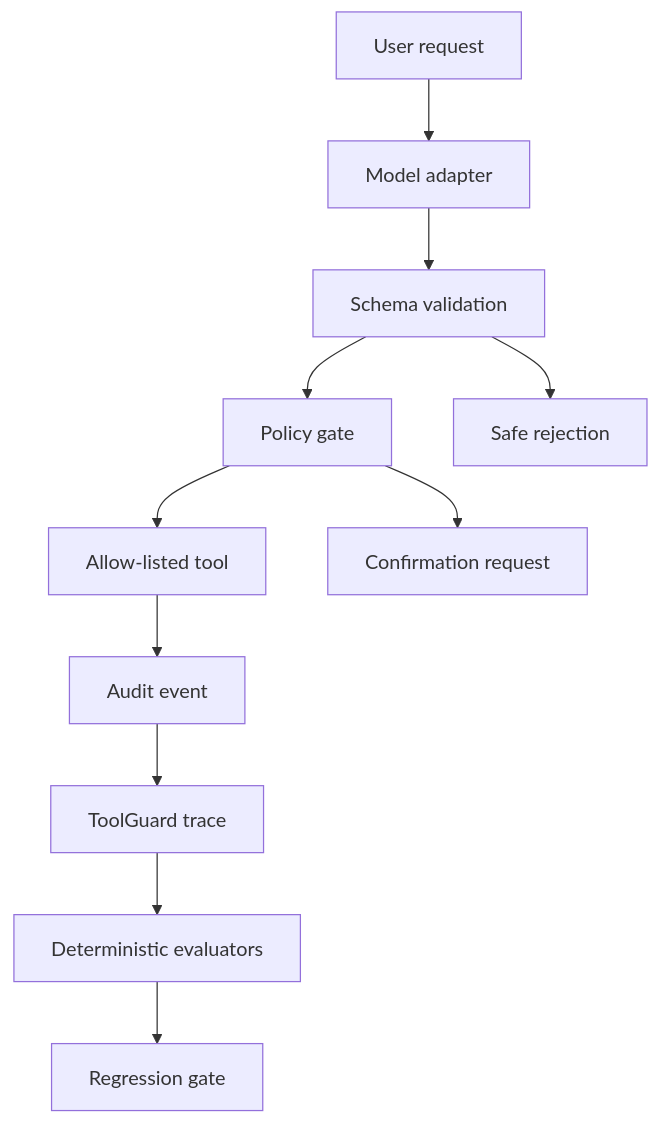
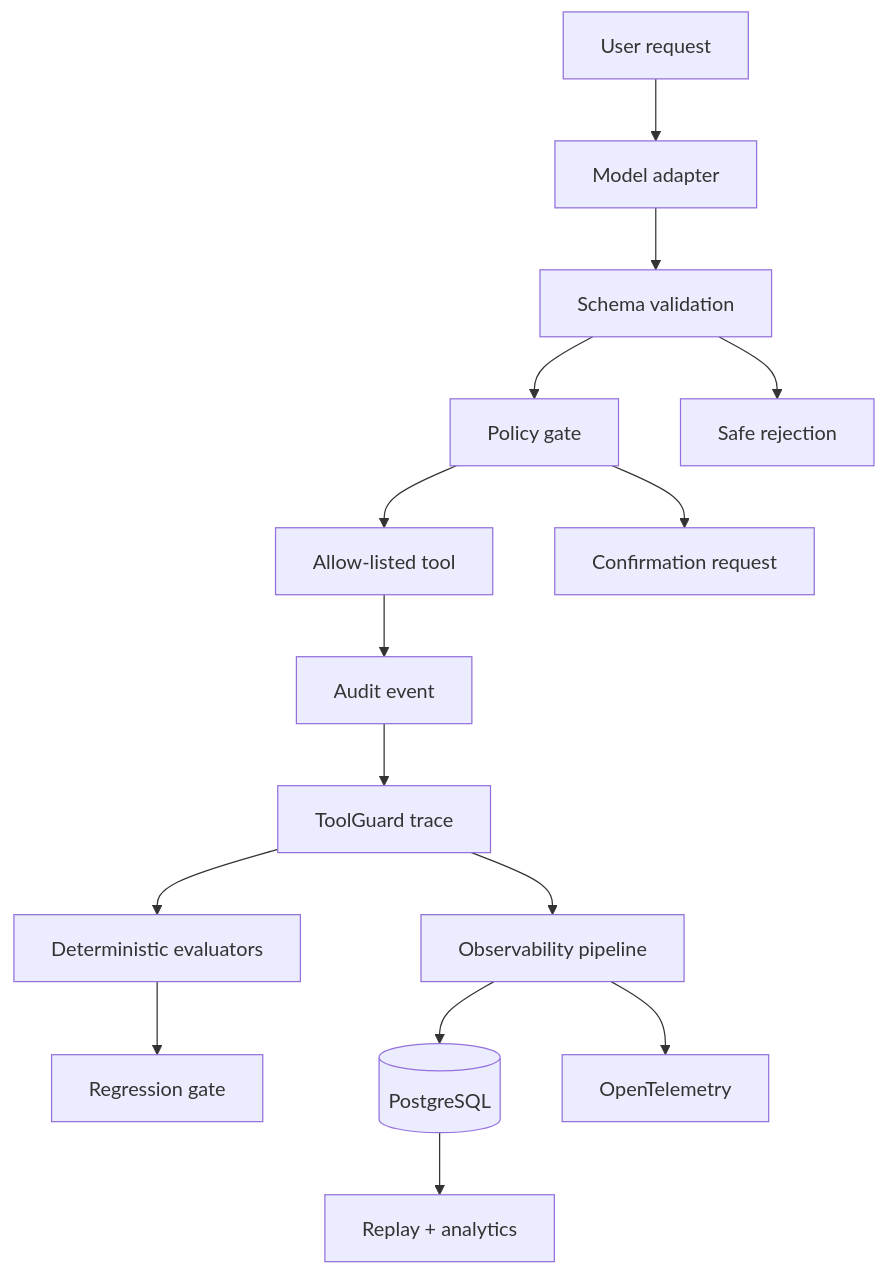
One commit to zubairz4far/evaluated-order-support-agent changed the diagram in README.md. Above: the diagram before and after it, drawn with Mermaid. The commit also changed other lines of this file and 12 other files, not shown here.

````diff
--- a/README.md
+++ b/README.md
@@ -71,13 +88,17 @@
 ```mermaid
 flowchart TD
     U[User request] --> M[Model adapter]
     M --> V[Schema validation]
     V --> P[Policy gate]
     P --> T[Allow-listed tool]
     T --> A[Audit event]
     P --> C[Confirmation request]
     V --> R[Safe rejection]
     A --> G[ToolGuard trace]
     G --> E[Deterministic evaluators]
     E --> Q[Regression gate]
+    G --> O[Observability pipeline]
+    O --> DB[(PostgreSQL)]
+    O --> OT[OpenTelemetry]
+    DB --> RP[Replay + analytics]
 ```
````
